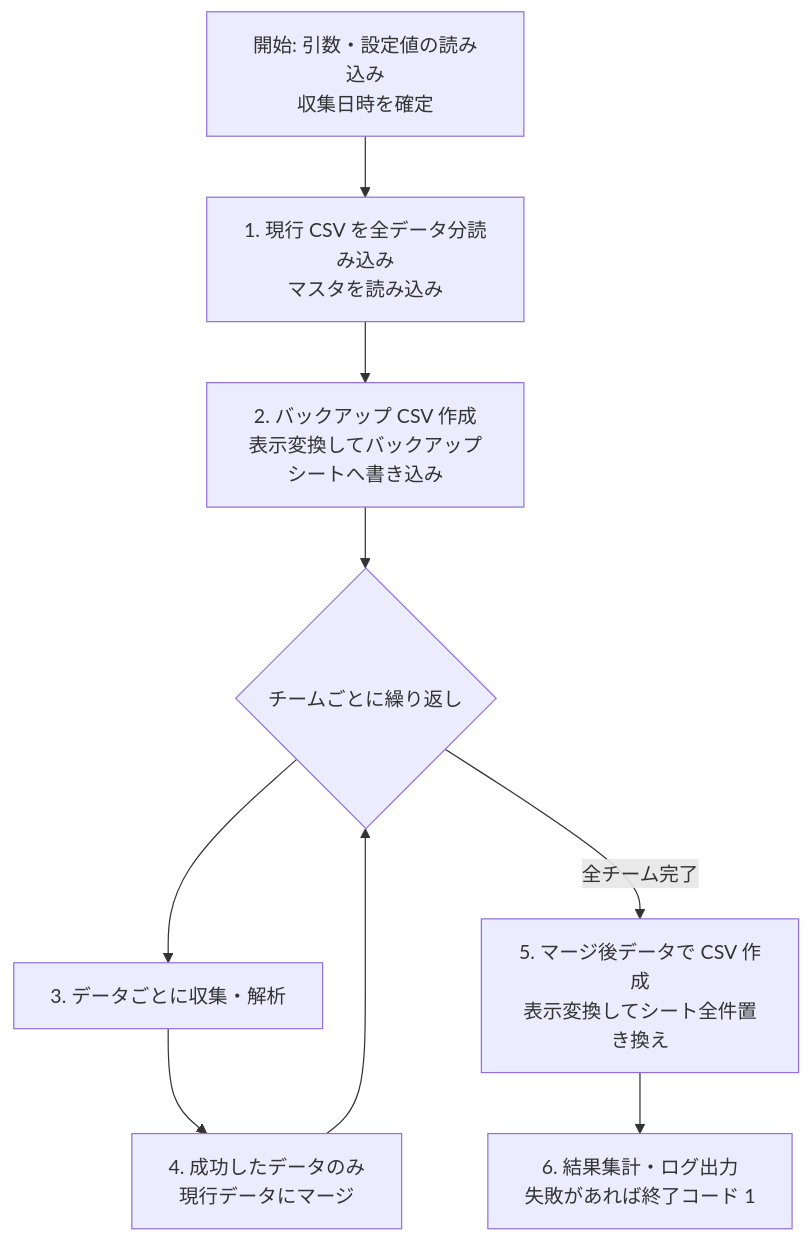
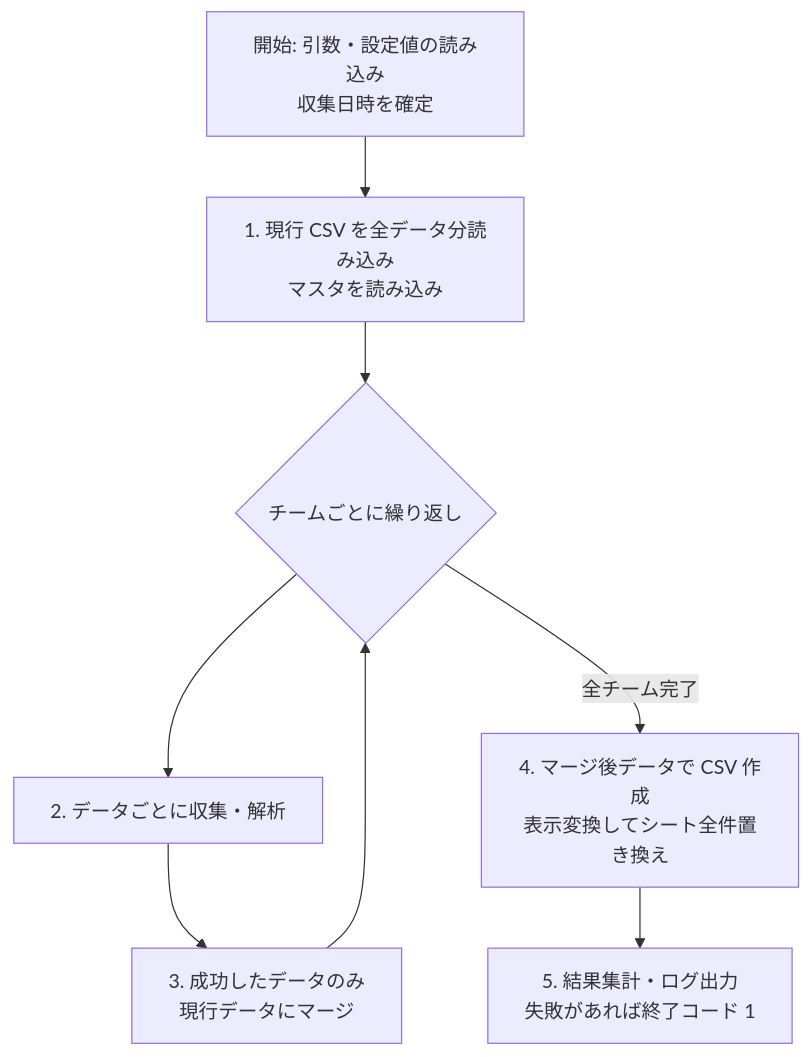
One commit to nekihcom/baseball-analysis changed the first of 2 diagrams in docs/functional_design.md. Above: the diagram before and after it, drawn with Mermaid. The commit also changed other lines of this file and 4 other files, not shown here.

First line of the commit message:
バックアップ CSV とバックアップシートを廃止する

````diff
--- a/docs/functional_design.md
+++ b/docs/functional_design.md
@@ -79,11 +77,10 @@
 ```mermaid
 flowchart TD
     A[開始: 引数・設定値の読み込み<br>収集日時を確定] --> B[1. 現行 CSV を全データ分読み込み<br>マスタを読み込み]
-    B --> C[2. バックアップ CSV 作成<br>表示変換してバックアップシートへ書き込み]
-    C --> D{チームごとに繰り返し}
-    D --> E[3. データごとに収集・解析]
-    E --> F[4. 成功したデータのみ<br>現行データにマージ]
+    B --> D{チームごとに繰り返し}
+    D --> E[2. データごとに収集・解析]
+    E --> F[3. 成功したデータのみ<br>現行データにマージ]
     F --> D
-    D -->|全チーム完了| G[5. マージ後データで CSV 作成<br>表示変換してシート全件置き換え]
-    G --> H[6. 結果集計・ログ出力<br>失敗があれば終了コード 1]
+    D -->|全チーム完了| G[4. マージ後データで CSV 作成<br>表示変換してシート全件置き換え]
+    G --> H[5. 結果集計・ログ出力<br>失敗があれば終了コード 1]
 ```
````
